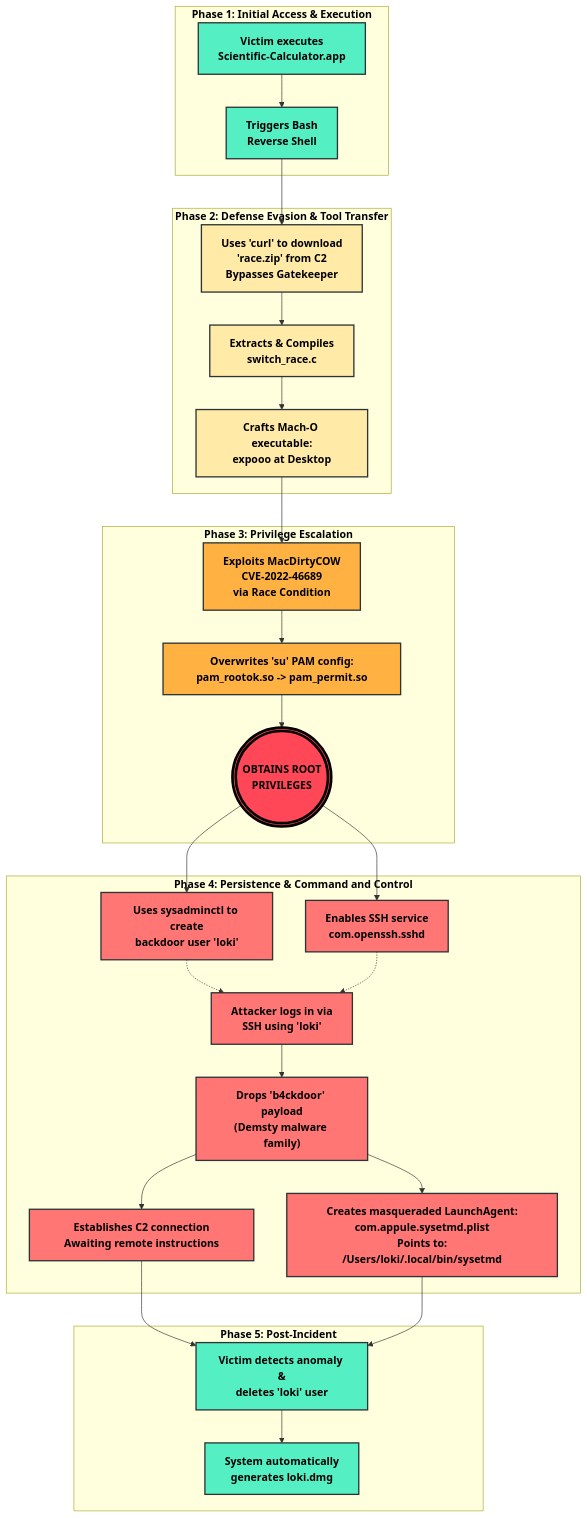
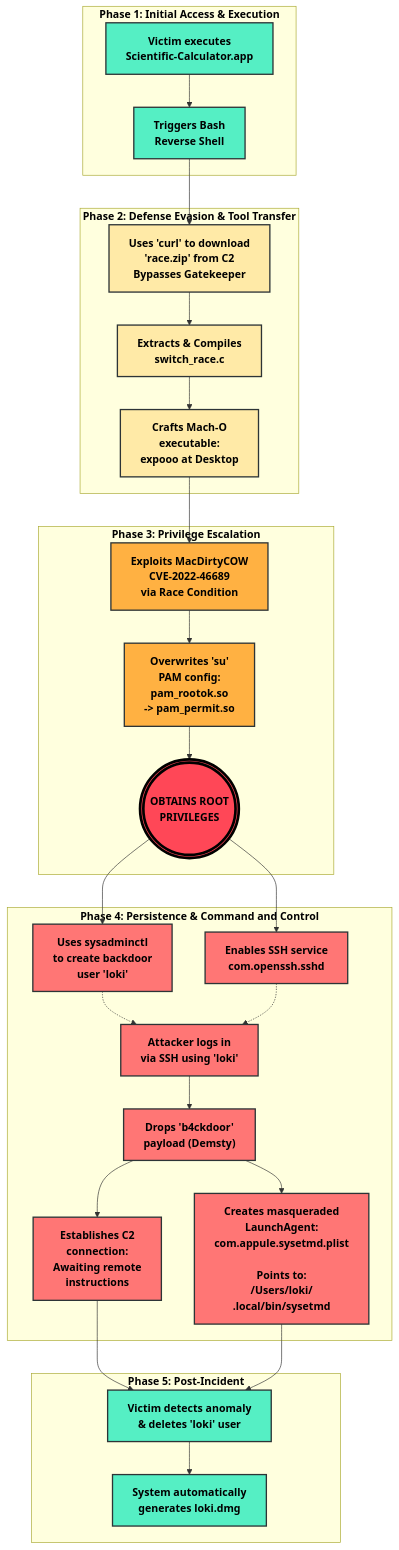
One commit to kitnee/CTF_WriteUps changed the diagram in Sherlock/Ruse/wu.md. Above: the diagram before and after it, drawn with Mermaid.

Commit message:
Fixing mermaid diagram render

````diff
--- a/Sherlock/Ruse/wu.md
+++ b/Sherlock/Ruse/wu.md
@@ -587,40 +587,40 @@
 ```mermaid
 flowchart TD
     classDef red fill:#ff7675,stroke:#2d3436,stroke-width:2px,color:#000000,font-weight:bold;
     classDef orange fill:#ffb142,stroke:#2d3436,stroke-width:2px,color:#000000,font-weight:bold;
     classDef yellow fill:#ffeaa7,stroke:#2d3436,stroke-width:2px,color:#000000,font-weight:bold;
     classDef green fill:#55efc4,stroke:#2d3436,stroke-width:2px,color:#000000,font-weight:bold;
     classDef root fill:#ff4757,stroke:#000000,stroke-width:4px,color:#000000,font-weight:bold;
 
     subgraph Phase1 ["Phase 1: Initial Access & Execution"]
         A["Victim executes<br/>Scientific-Calculator.app"]:::green --> B["Triggers Bash<br/>Reverse Shell"]:::green
     end
 
     subgraph Phase2 ["Phase 2: Defense Evasion & Tool Transfer"]
         B --> C["Uses 'curl' to download<br/>'race.zip' from C2<br/>Bypasses Gatekeeper"]:::yellow
         C --> D["Extracts & Compiles<br/>switch_race.c"]:::yellow
-        D --> E["Crafts Mach-O executable:<br/>expooo at Desktop"]:::yellow
+        D --> E["Crafts Mach-O<br/>executable:<br/>expooo at Desktop"]:::yellow
     end
 
     subgraph Phase3 ["Phase 3: Privilege Escalation"]
         E --> F["Exploits MacDirtyCOW<br/>CVE-2022-46689<br/>via Race Condition"]:::orange
-        F --> G["<div style='min-width: 300px;'>Overwrites 'su' PAM config:<br/>pam_rootok.so -> pam_permit.so</div>"]:::orange
+        F --> G["Overwrites 'su'<br/>PAM config:<br/>pam_rootok.so<br/>-> pam_permit.so"]:::orange
         G --> H((("OBTAINS ROOT<br/>PRIVILEGES"))):::root
     end
 
     subgraph Phase4 ["Phase 4: Persistence & Command and Control"]
-        H --> I["Uses sysadminctl to create<br/>backdoor user 'loki'"]:::red
+        H --> I["Uses sysadminctl<br/>to create backdoor<br/>user 'loki'"]:::red
         H --> J["Enables SSH service<br/>com.openssh.sshd"]:::red
         I -.-> K
-        J -.-> K["Attacker logs in via<br/>SSH using 'loki'"]:::red
-        K --> L["Drops 'b4ckdoor' payload<br/>(Demsty malware family)"]:::red
-        L --> M["<div style='min-width: 350px;'>Creates masqueraded LaunchAgent:<br/>com.appule.sysetmd.plist<br/>Points to:<br/>/Users/loki/.local/bin/sysetmd</div>"]:::red
-        L --> P["<div style='min-width: 280px;'>Establishes C2 connection<br/>Awaiting remote instructions</div>"]:::red
+        J -.-> K["Attacker logs in<br/>via SSH using 'loki'"]:::red
+        K --> L["Drops 'b4ckdoor'<br/>payload (Demsty)"]:::red
+        L --> M["Creates masqueraded<br/>LaunchAgent:<br/>com.appule.sysetmd.plist<br/><br/>Points to:<br/>/Users/loki/<br/>.local/bin/sysetmd"]:::red
+        L --> P["Establishes C2<br/>connection:<br/>Awaiting remote<br/>instructions"]:::red
     end
 
     subgraph Phase5 ["Phase 5: Post-Incident"]
-        P --> N["Victim detects anomaly &<br/>deletes 'loki' user"]:::green
+        P --> N["Victim detects anomaly<br/>& deletes 'loki' user"]:::green
         M --> N
         N --> O["System automatically<br/>generates loki.dmg"]:::green
     end
 ```
````
